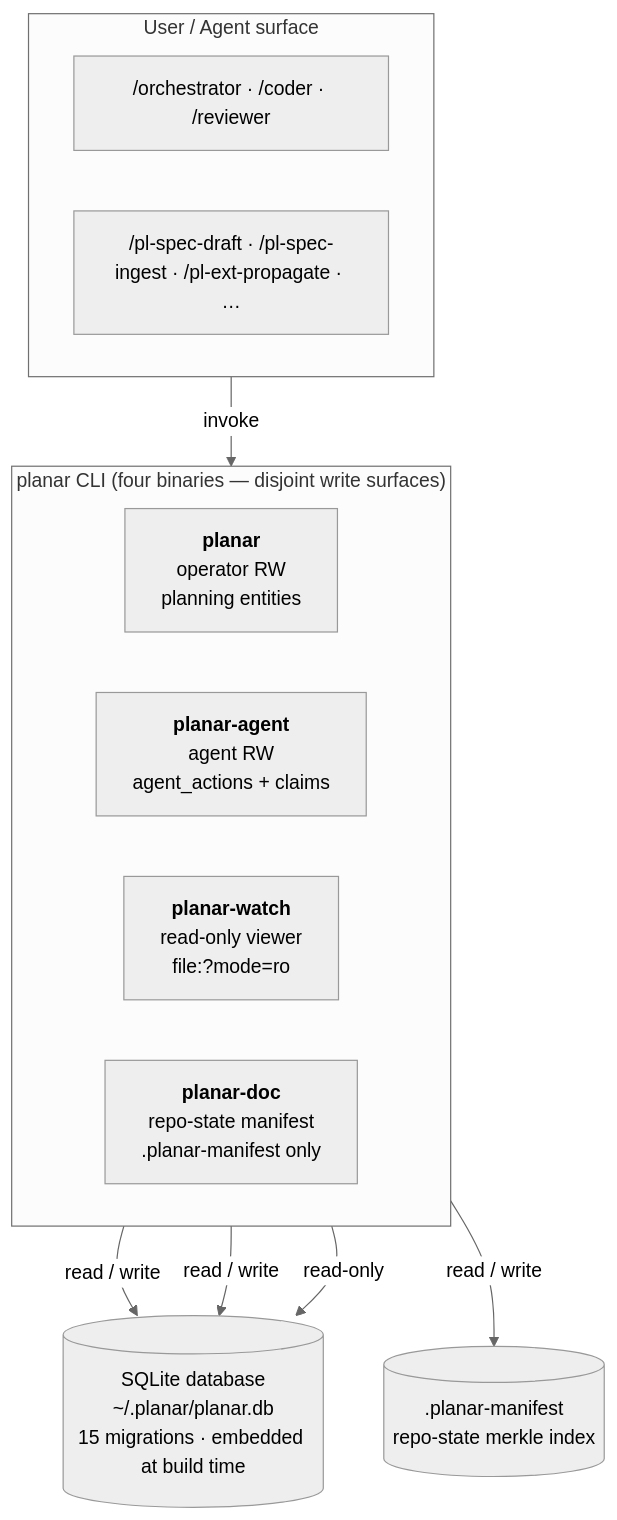
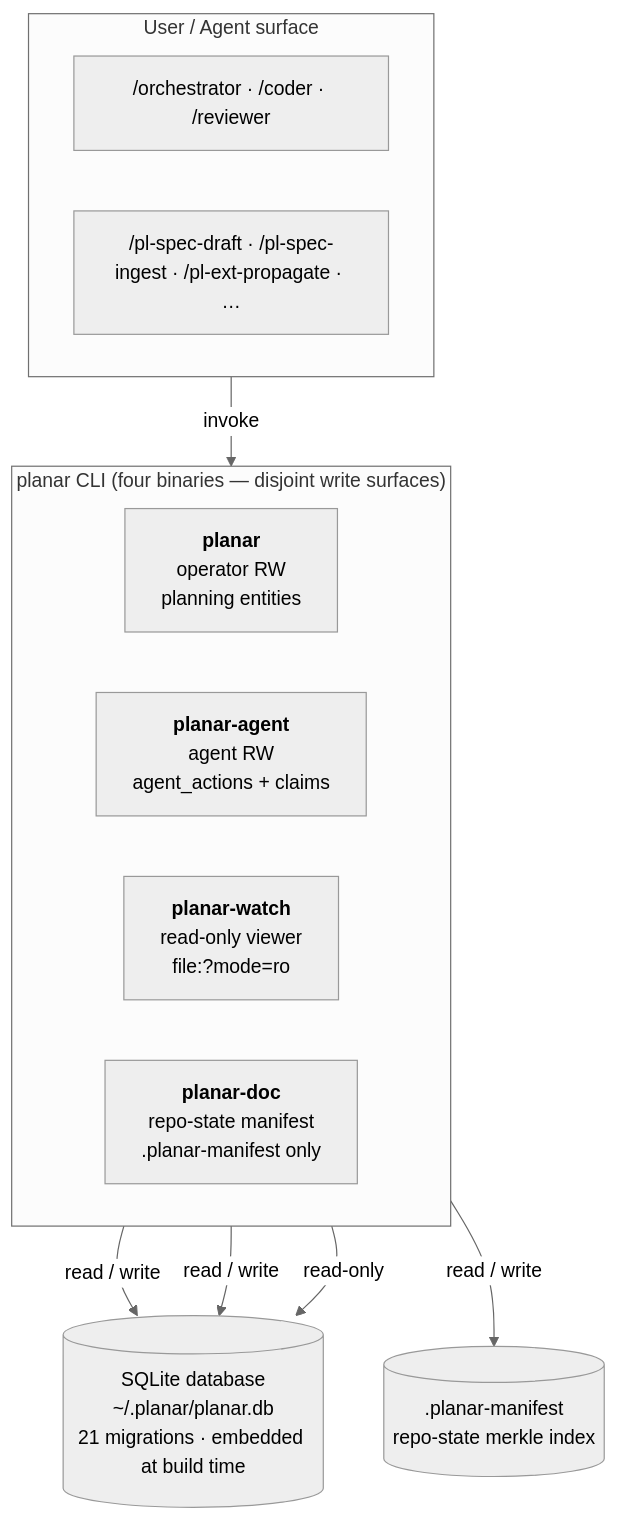
Before and after one commit to rdrsss/planar: the first of 2 diagrams in docs/architecture.md, drawn with Mermaid (neutral theme). The commit also changed other lines of this file and 25 other files, not shown here.

````diff
--- a/docs/architecture.md
+++ b/docs/architecture.md
@@ -11,25 +11,25 @@
 ```mermaid
 flowchart TD
     subgraph Surface["User / Agent surface"]
         direction LR
         S1["/orchestrator · /coder · /reviewer"]
         S2["/pl-spec-draft · /pl-spec-ingest · /pl-ext-propagate · …"]
     end
 
     subgraph Binaries["planar CLI (four binaries — disjoint write surfaces)"]
         direction LR
         B1["<b>planar</b><br/>operator RW<br/>planning entities"]
         B2["<b>planar-agent</b><br/>agent RW<br/>agent_actions + claims"]
         B3["<b>planar-watch</b><br/>read-only viewer<br/>file:?mode=ro"]
         B4["<b>planar-doc</b><br/>repo-state manifest<br/>.planar-manifest only"]
     end
 
-    DB[("SQLite database<br/>~/.planar/planar.db<br/>15 migrations · embedded at build time")]
+    DB[("SQLite database<br/>~/.planar/planar.db<br/>21 migrations · embedded at build time")]
     MF[(".planar-manifest<br/>repo-state merkle index")]
 
     Surface -->|invoke| Binaries
     B1 -->|read / write| DB
     B2 -->|read / write| DB
     B3 -->|read-only| DB
     B4 -->|read / write| MF
 ```
````
